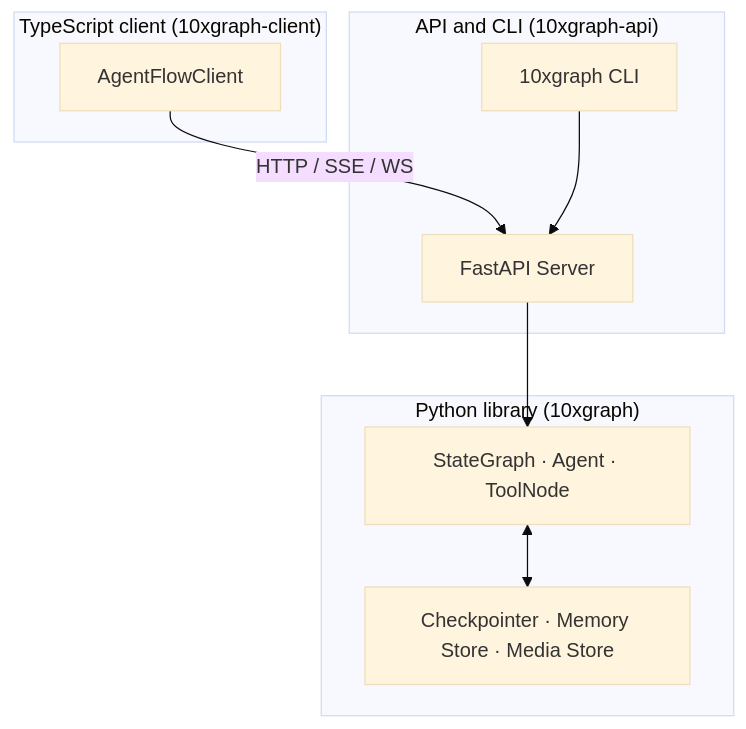
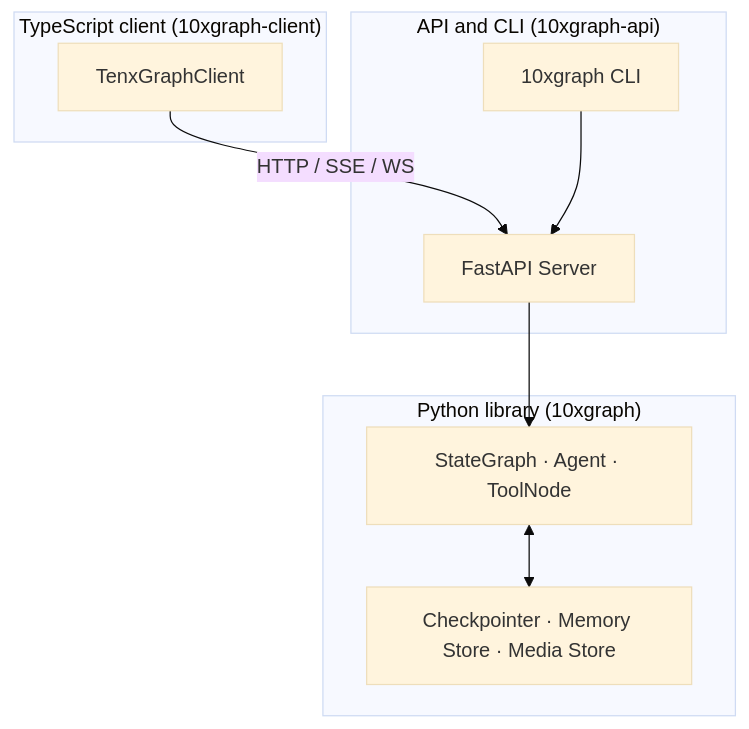
One commit to 10xHub/agentflow-docs changed the first of 2 diagrams in src/content/docs/concepts/index.md. Above: the diagram before and after it, drawn with Mermaid (base theme). The commit also changed other lines of this file and 71 other files, not shown here.

Commit message:
Refactor client references from AgentFlowClient to TenxGraphClient across documentation and code examples; update error handling and import statements accordingly.

````diff
--- a/src/content/docs/concepts/index.md
+++ b/src/content/docs/concepts/index.md
@@ -30,18 +30,18 @@
 ```mermaid
 flowchart TB
   subgraph "Python library (10xgraph)"
     Graph[StateGraph · Agent · ToolNode]
     Storage[Checkpointer · Memory Store · Media Store]
   end
   subgraph "API and CLI (10xgraph-api)"
     CLI["10xgraph CLI"]
     API[FastAPI Server]
   end
   subgraph "TypeScript client (10xgraph-client)"
-    SDK[AgentFlowClient]
+    SDK[TenxGraphClient]
   end
   SDK -->|HTTP / SSE / WS| API
   CLI --> API
   API --> Graph
   Graph <--> Storage
 ```
````
